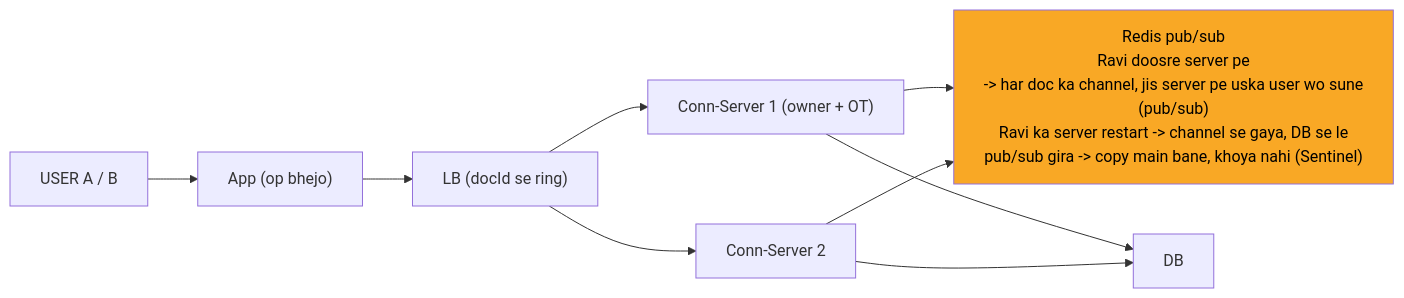
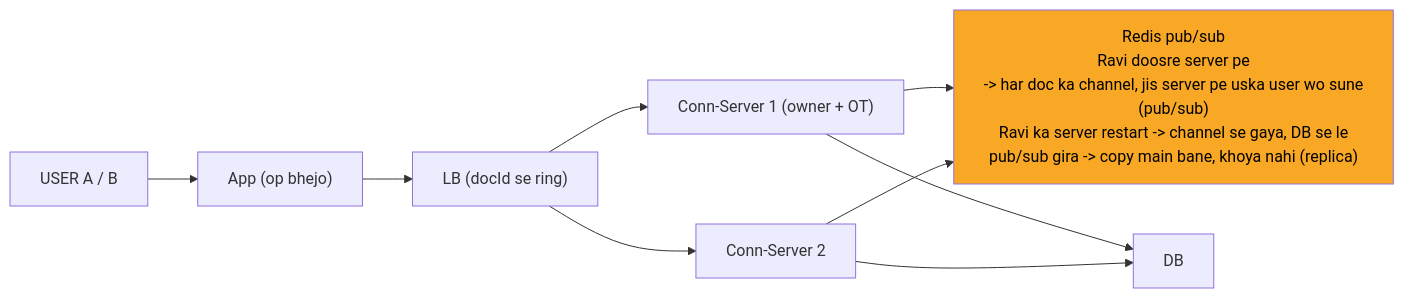
Before and after one commit to ArpanMaheshwari144/Prep: the sixth of 10 diagrams in 04_HLD/SYSTEM_DESIGNS/11_google_docs_collab/11_google_docs_collab.md, drawn with Mermaid. The commit also changed other lines of this file and 13 other files, not shown here.

````diff
--- a/04_HLD/SYSTEM_DESIGNS/11_google_docs_collab/11_google_docs_collab.md
+++ b/04_HLD/SYSTEM_DESIGNS/11_google_docs_collab/11_google_docs_collab.md
@@ -215,20 +215,20 @@
 ```mermaid
 %%{init: {"flowchart": {"wrappingWidth": 450}}}%%
 flowchart LR
     n_USER["USER A / B"]
     n_App["App (op bhejo)"]
     n_LB["LB (docId se ring)"]
     n_CS1["Conn-Server 1 (owner + OT)"]
     n_CS2["Conn-Server 2"]
-    n_PS["Redis pub/sub<br/>Ravi doosre server pe<br/>-> har doc ka channel, jis server pe uska user wo sune<br/>(pub/sub)<br/>Ravi ka server restart -> channel se gaya, DB se le<br/>pub/sub gira -> copy main bane, khoya nahi (Sentinel)"]
+    n_PS["Redis pub/sub<br/>Ravi doosre server pe<br/>-> har doc ka channel, jis server pe uska user wo sune<br/>(pub/sub)<br/>Ravi ka server restart -> channel se gaya, DB se le<br/>pub/sub gira -> copy main bane, khoya nahi (replica)"]
     n_DB["DB"]
     n_USER --> n_App
     n_App --> n_LB
     n_LB --> n_CS1
     n_LB --> n_CS2
     n_CS1 --> n_PS
     n_CS2 --> n_PS
     n_CS1 --> n_DB
     n_CS2 --> n_DB
     style n_PS fill:#f9a825,color:#000
 ```
````
